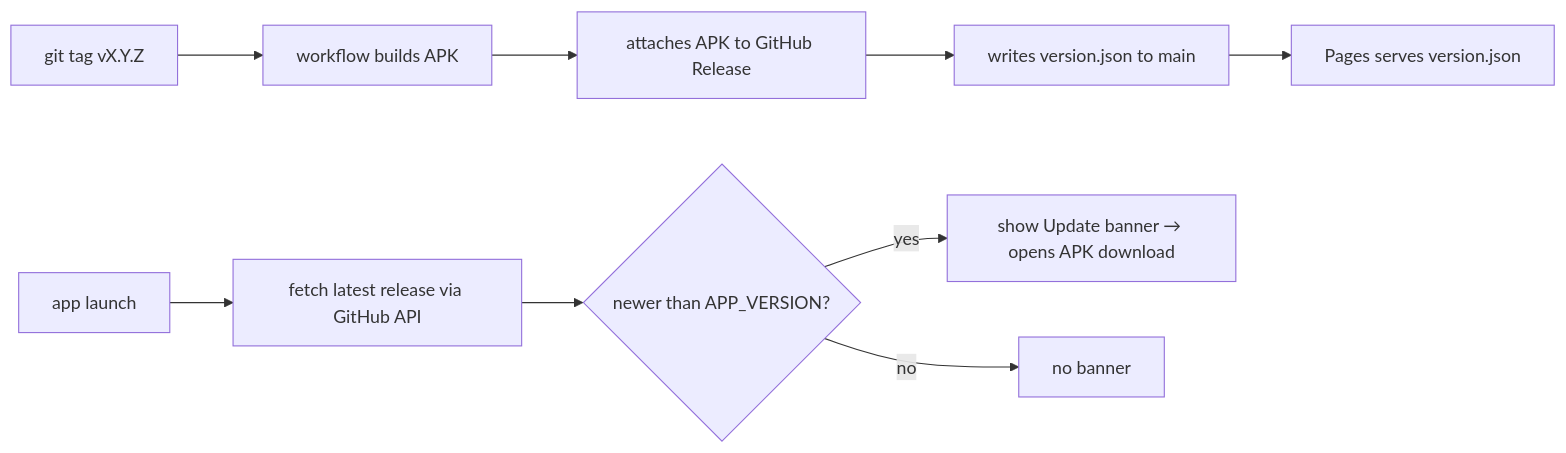
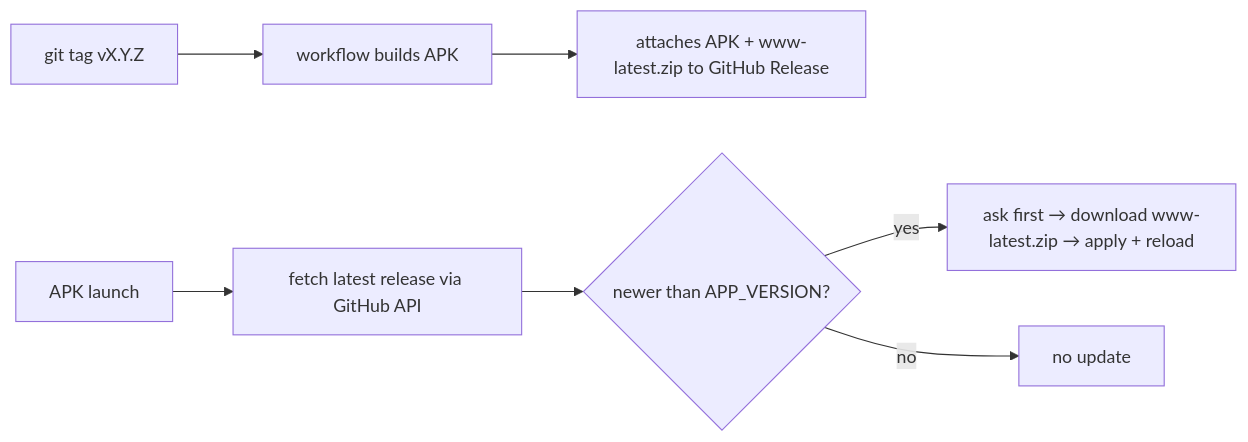
Before and after one commit to minatolun-dotcom/khristian-labu: the third of 3 diagrams in ARCHITECTURE.md, drawn with Mermaid. The commit also changed other lines of this file and 12 other files, not shown here.

````diff
--- a/ARCHITECTURE.md
+++ b/ARCHITECTURE.md
@@ -61,11 +61,9 @@
 ```mermaid
 flowchart LR
     A[git tag vX.Y.Z] --> B[workflow builds APK]
-    B --> C[attaches APK to GitHub Release]
-    C --> D[writes version.json to main]
-    D --> E[Pages serves version.json]
-    F[app launch] --> G[fetch latest release via GitHub API]
+    B --> C[attaches APK + www-latest.zip to GitHub Release]
+    F[APK launch] --> G[fetch latest release via GitHub API]
     G --> H{newer than APP_VERSION?}
-    H -- yes --> I[show Update banner → opens APK download]
-    H -- no --> J[no banner]
+    H -- yes --> I[ask first → download www-latest.zip → apply + reload]
+    H -- no --> J[no update]
 ```
````
